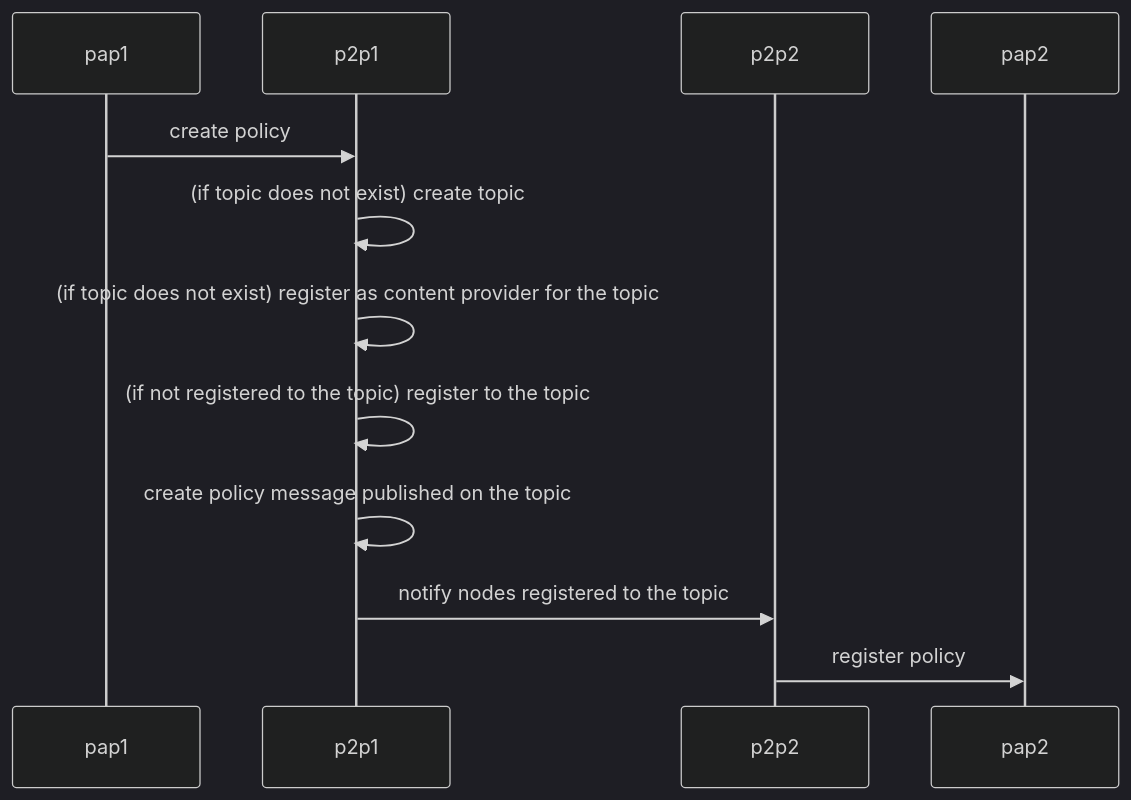
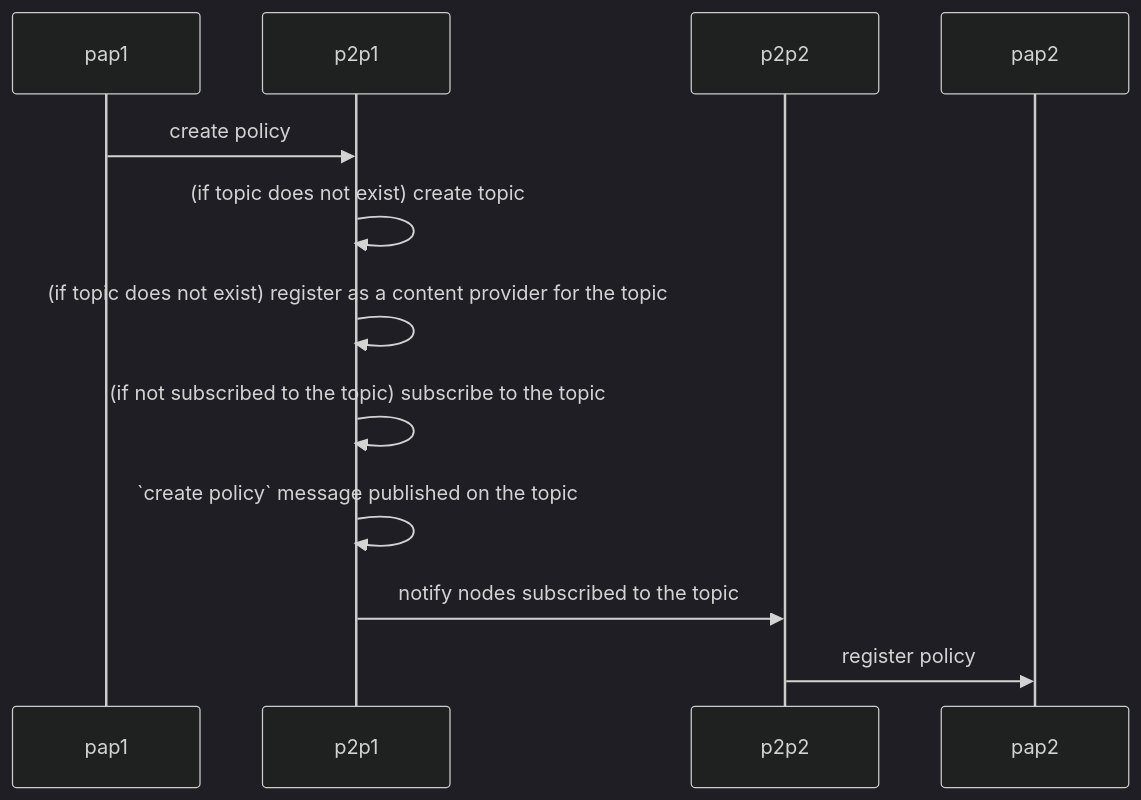
Before and after one commit to orchestracities/anubis: the diagram in docs/createpolicy.mmd, drawn with Mermaid (dark theme). The commit also changed 40 other files, not shown here.

```diff
--- a/docs/createpolicy.mmd
+++ b/docs/createpolicy.mmd
@@ -1,12 +1,12 @@
 sequenceDiagram
     participant pap1
     participant p2p1
     participant p2p2
     participant pap2
     pap1->>p2p1: create policy
     p2p1->>p2p1: (if topic does not exist) create topic
-    p2p1->>p2p1: (if topic does not exist) register as content provider for the topic
-    p2p1->>p2p1: (if not registered to the topic) register to the topic
-    p2p1->>p2p1: create policy message published on the topic
-    p2p1->>p2p2: notify nodes registered to the topic
+    p2p1->>p2p1: (if topic does not exist) register as a content provider for the topic
+    p2p1->>p2p1: (if not subscribed to the topic) subscribe to the topic
+    p2p1->>p2p1: `create policy` message published on the topic
+    p2p1->>p2p2: notify nodes subscribed to the topic
     p2p2->>pap2: register policy
```
